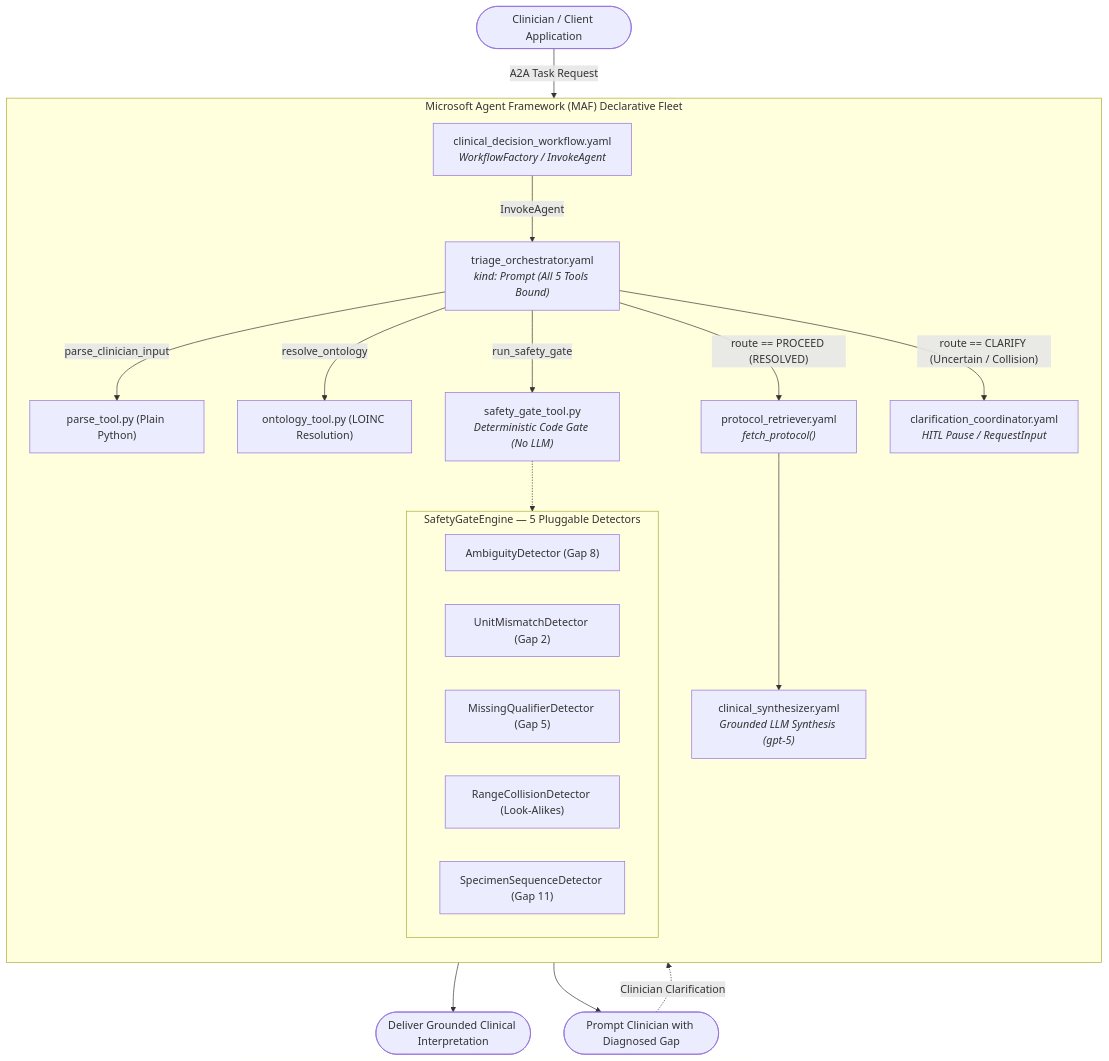
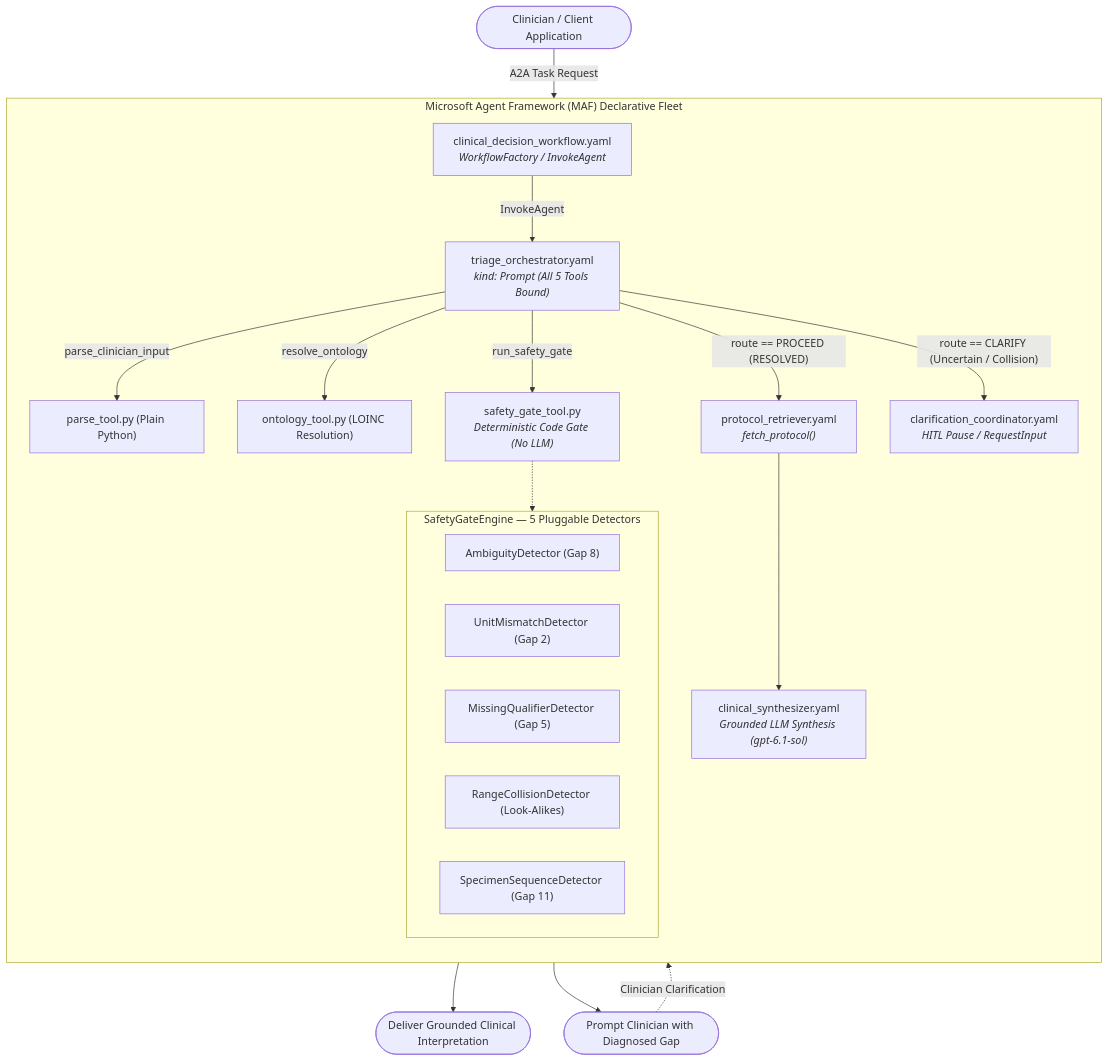
One commit to amitpuri/multiagent-retrieval-gaps changed the third of 5 diagrams in README.md. Above: the diagram before and after it, drawn with Mermaid. The commit also changed other lines of this file and 4 other files, not shown here.

````diff
--- a/README.md
+++ b/README.md
@@ -382,32 +382,32 @@
 ```mermaid
 flowchart TD
     Clinician([Clinician / Client Application]) -->|A2A Task Request| Workflow[clinical_decision_workflow.yaml<br/><i>WorkflowFactory / InvokeAgent</i>]
 
     subgraph MAF_Fleet["Microsoft Agent Framework (MAF) Declarative Fleet"]
         direction TB
 
         Workflow -->|InvokeAgent| Triage["triage_orchestrator.yaml<br/><i>kind: Prompt (All 5 Tools Bound)</i>"]
         Triage -->|parse_clinician_input| ParseTool["parse_tool.py (Plain Python)"]
         Triage -->|resolve_ontology| OntologyTool["ontology_tool.py (LOINC Resolution)"]
         Triage -->|run_safety_gate| SafetyGateTool["safety_gate_tool.py<br/><i>Deterministic Code Gate (No LLM)</i>"]
 
         subgraph Gap_Detectors["SafetyGateEngine — 5 Pluggable Detectors"]
             AmbiguityDet["AmbiguityDetector (Gap 8)"]
             UnitMismatchDet["UnitMismatchDetector (Gap 2)"]
             MissingQualDet["MissingQualifierDetector (Gap 5)"]
             RangeCollisionDet["RangeCollisionDetector (Look-Alikes)"]
             SpecimenSeqDet["SpecimenSequenceDetector (Gap 11)"]
         end
 
         SafetyGateTool -.-> Gap_Detectors
 
         Triage -- "route == PROCEED (RESOLVED)" --> ProtocolAgent["protocol_retriever.yaml<br/><i>fetch_protocol()</i>"]
-        ProtocolAgent --> SynthesisAgent["clinical_synthesizer.yaml<br/><i>Grounded LLM Synthesis (gpt-5)</i>"]
+        ProtocolAgent --> SynthesisAgent["clinical_synthesizer.yaml<br/><i>Grounded LLM Synthesis (gpt-6.1-sol)</i>"]
 
         Triage -- "route == CLARIFY (Uncertain / Collision)" --> ClarifyAgent["clarification_coordinator.yaml<br/><i>HITL Pause / RequestInput</i>"]
     end
 
     SynthesisAgent --> Deliver([Deliver Grounded Clinical Interpretation])
     ClarifyAgent --> RequestInput([Prompt Clinician with Diagnosed Gap])
     RequestInput -.->|Clinician Clarification| Workflow
 ```
````
